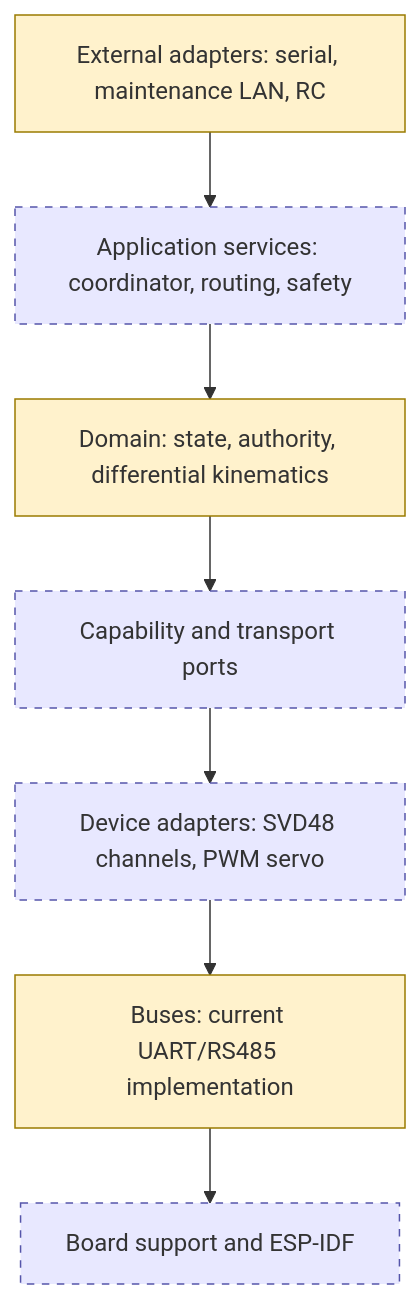
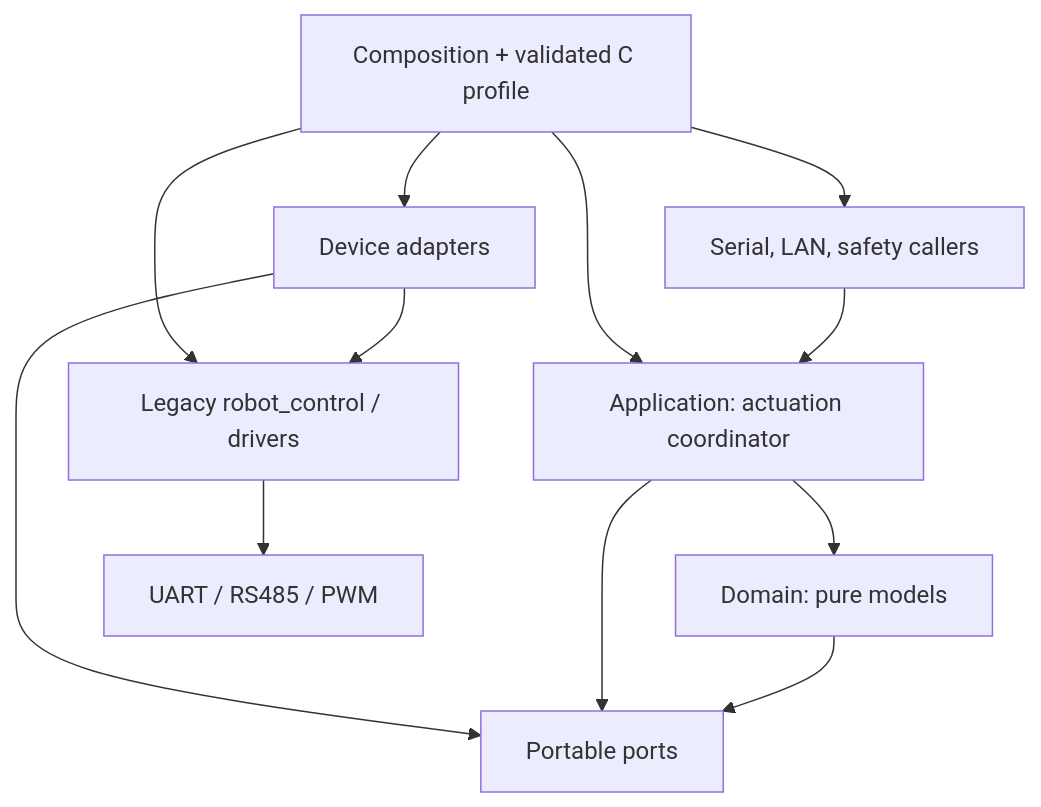
Before and after one commit to juanpmz2001/sistema-motriz-rs485: the first of 5 diagrams in docs/ARCHITECTURE_REFACTOR.md, drawn with Mermaid. The commit also changed other lines of this file and 28 other files, not shown here.

````diff
--- a/docs/ARCHITECTURE_REFACTOR.md
+++ b/docs/ARCHITECTURE_REFACTOR.md
@@ -39,14 +39,14 @@
 ```mermaid
 flowchart TD
-  classDef implemented fill:#d9f2d9,stroke:#287a28
-  classDef partial fill:#fff2cc,stroke:#9a7b00
-  classDef planned fill:#e8e8ff,stroke:#5555aa,stroke-dasharray: 5 5
-  EXT[External adapters: serial, maintenance LAN, RC]:::partial
-  APP[Application services: coordinator, routing, safety]:::planned
-  DOMAIN[Domain: state, authority, differential kinematics]:::partial
-  PORTS[Capability and transport ports]:::planned
-  DEVICE[Device adapters: SVD48 channels, PWM servo]:::planned
-  BUS[Buses: current UART/RS485 implementation]:::partial
-  BSP[Board support and ESP-IDF]:::planned
-  EXT --> APP --> DOMAIN --> PORTS --> DEVICE --> BUS --> BSP
+  DOMAIN[Domain: pure models] --> PORTS[Portable ports]
+  APP[Application: actuation coordinator] --> DOMAIN
+  APP --> PORTS
+  DEVICE[Device adapters] --> PORTS
+  DEVICE --> DRIVERS[Legacy robot_control / drivers]
+  DRIVERS --> TRANSPORTS[UART / RS485 / PWM]
+  EXTERNAL[Serial, LAN, safety callers] --> APP
+  COMPOSITION[Composition + validated C profile] --> APP
+  COMPOSITION --> DEVICE
+  COMPOSITION --> DRIVERS
+  COMPOSITION --> EXTERNAL
 ```
````
